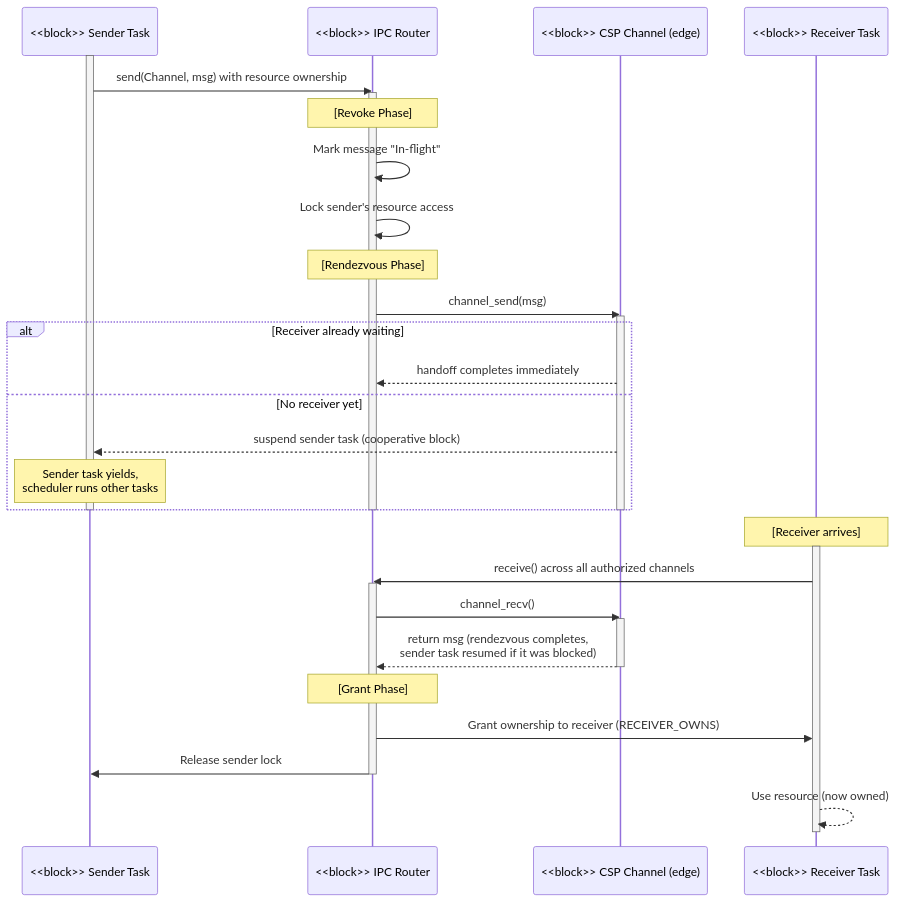
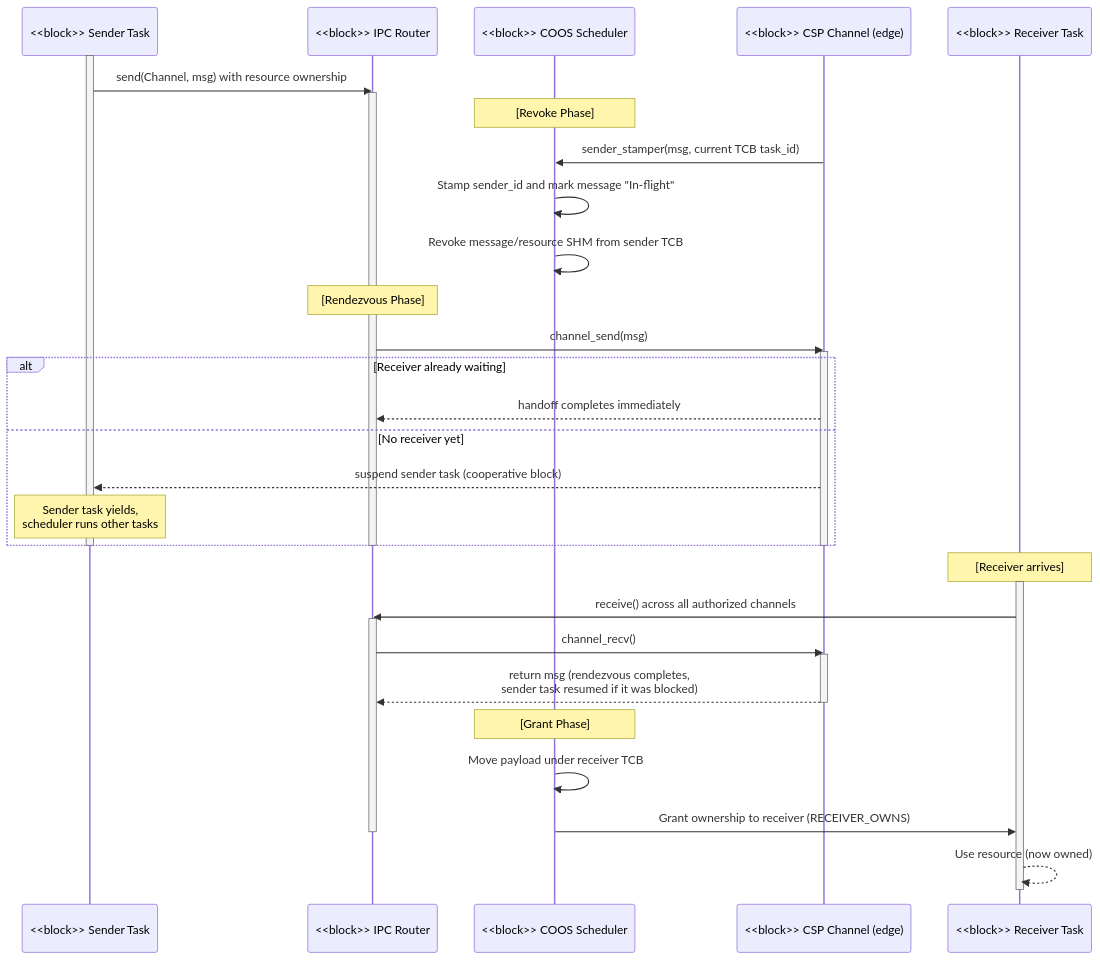
Before and after one commit to kmt-t/fireball: the seventh of 7 diagrams in docs/components/tier1_interface/ipc_router.md, drawn with Mermaid. The commit also changed other lines of this file and 55 other files, not shown here.

Commit message:
Update project architecture and validation artifacts

````diff
--- a/docs/components/tier1_interface/ipc_router.md
+++ b/docs/components/tier1_interface/ipc_router.md
@@ -593,46 +611,48 @@
 ```mermaid
 sequenceDiagram
     participant Tx as <<block>> Sender Task
     participant R as <<block>> IPC Router
+    participant S as <<block>> COOS Scheduler
     participant Ch as <<block>> CSP Channel (edge)
     participant Rx as <<block>> Receiver Task
 
     activate Tx
     Tx->>R: send(Channel, msg) with resource ownership
     activate R
 
-    Note over R: [Revoke Phase]
-    R->>R: Mark message "In-flight"
-    R->>R: Lock sender's resource access
+    Note over S: [Revoke Phase]
+    Ch->>S: sender_stamper(msg, current TCB task_id)
+    S->>S: Stamp sender_id and mark message "In-flight"
+    S->>S: Revoke message/resource SHM from sender TCB
 
     Note over R: [Rendezvous Phase]
     R->>Ch: channel_send(msg)
     activate Ch
     alt Receiver already waiting
         Ch-->>R: handoff completes immediately
     else No receiver yet
         Ch-->>Tx: suspend sender task (cooperative block)
         Note over Tx: Sender task yields,<br/>scheduler runs other tasks
     end
     deactivate Ch
 
     deactivate R
     deactivate Tx
 
     Note over Rx: [Receiver arrives]
     activate Rx
     Rx->>R: receive() across all authorized channels
     activate R
     R->>Ch: channel_recv()
     activate Ch
     Ch-->>R: return msg (rendezvous completes,<br/>sender task resumed if it was blocked)
     deactivate Ch
 
-    Note over R: [Grant Phase]
-    R->>Rx: Grant ownership to receiver (RECEIVER_OWNS)
-    R->>Tx: Release sender lock
+    Note over S: [Grant Phase]
+    S->>S: Move payload under receiver TCB
+    S->>Rx: Grant ownership to receiver (RECEIVER_OWNS)
     deactivate R
 
     Rx-->>Rx: Use resource (now owned)
     deactivate Rx
 ```
````
